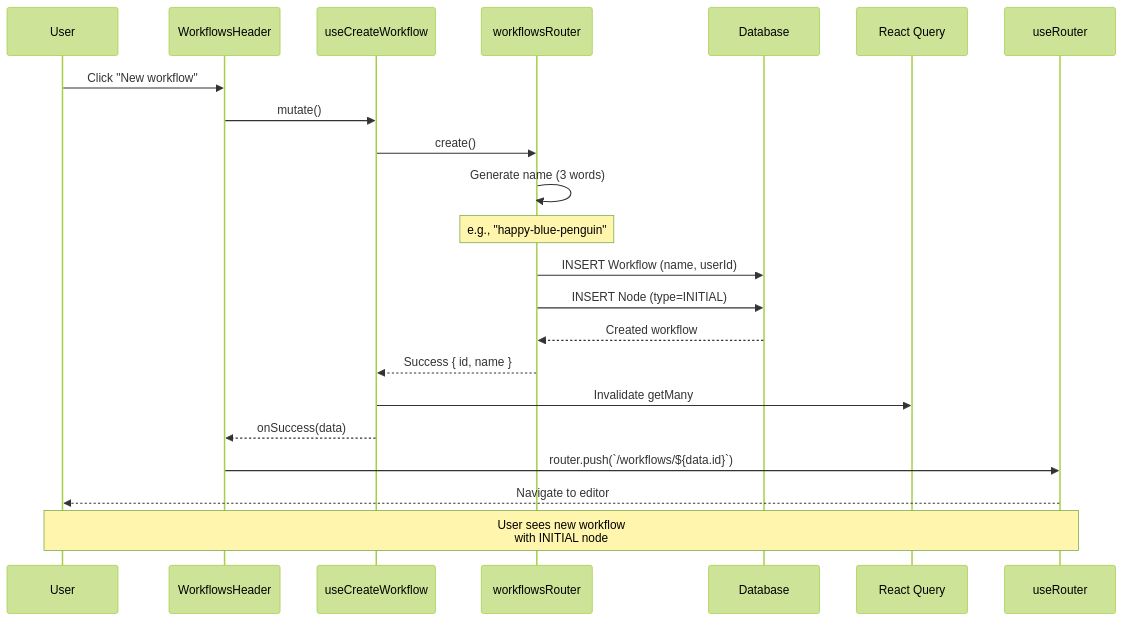
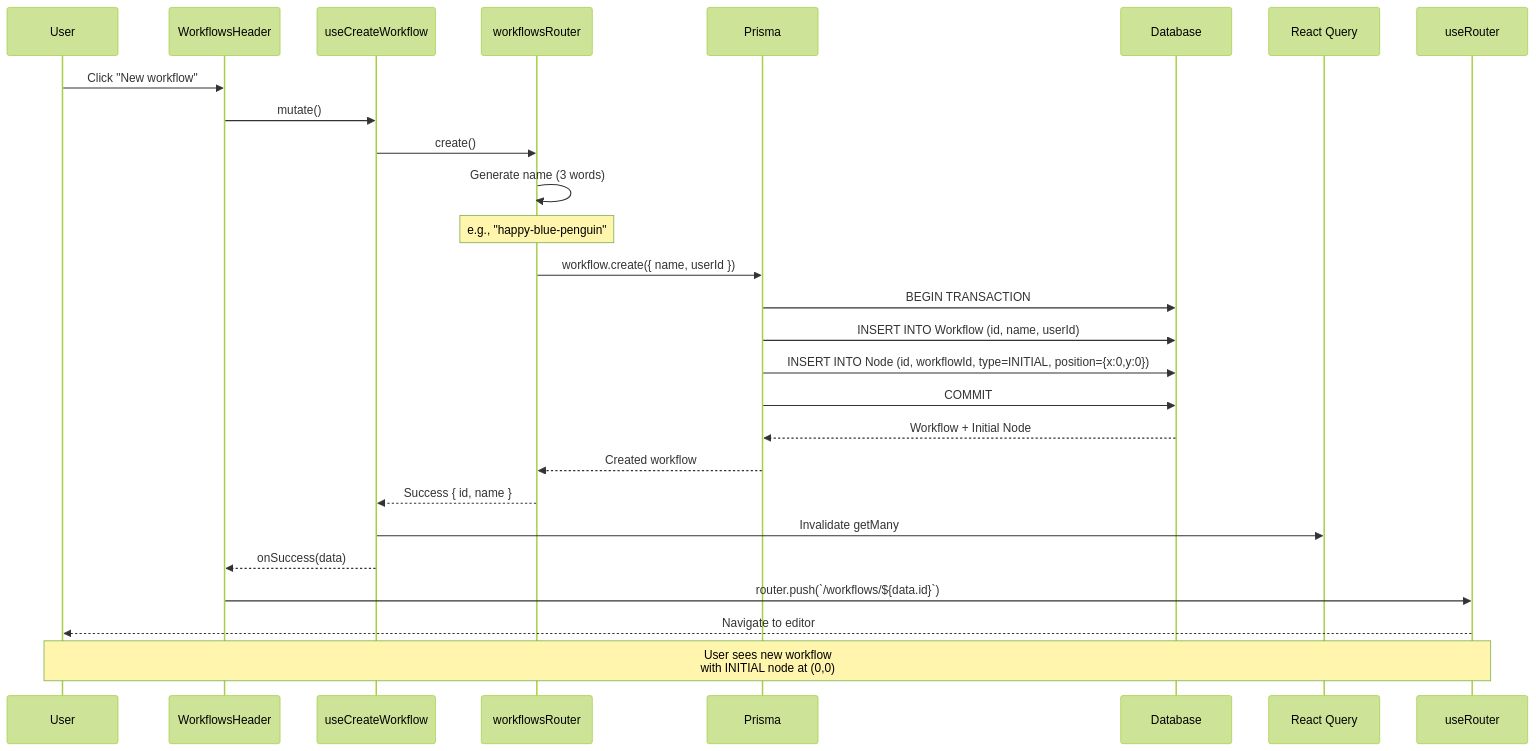
Before and after one commit to shaynemeyer/n8n-clone: the fifth of 12 diagrams in docs/workflows-feature.md, drawn with Mermaid (forest theme). The commit also changed other lines of this file and 2 other files, not shown here.

````diff
--- a/docs/workflows-feature.md
+++ b/docs/workflows-feature.md
@@ -392,26 +529,31 @@
 ```mermaid
 sequenceDiagram
     participant User
     participant Header as WorkflowsHeader
     participant Hook as useCreateWorkflow
     participant Router as workflowsRouter
+    participant Prisma
     participant DB as Database
     participant Cache as React Query
     participant Nav as useRouter
 
     User->>Header: Click "New workflow"
     Header->>Hook: mutate()
     Hook->>Router: create()
     Router->>Router: Generate name (3 words)
     Note over Router: e.g., "happy-blue-penguin"
-    Router->>DB: INSERT Workflow (name, userId)
-    Router->>DB: INSERT Node (type=INITIAL)
-    DB-->>Router: Created workflow
+    Router->>Prisma: workflow.create({ name, userId })
+    Prisma->>DB: BEGIN TRANSACTION
+    Prisma->>DB: INSERT INTO Workflow (id, name, userId)
+    Prisma->>DB: INSERT INTO Node (id, workflowId, type=INITIAL, position={x:0,y:0})
+    Prisma->>DB: COMMIT
+    DB-->>Prisma: Workflow + Initial Node
+    Prisma-->>Router: Created workflow
     Router-->>Hook: Success { id, name }
     Hook->>Cache: Invalidate getMany
     Hook-->>Header: onSuccess(data)
     Header->>Nav: router.push(`/workflows/${data.id}`)
     Nav-->>User: Navigate to editor
 
-    Note over User,Nav: User sees new workflow<br/>with INITIAL node
+    Note over User,Nav: User sees new workflow<br/>with INITIAL node at (0,0)
 ```
````
